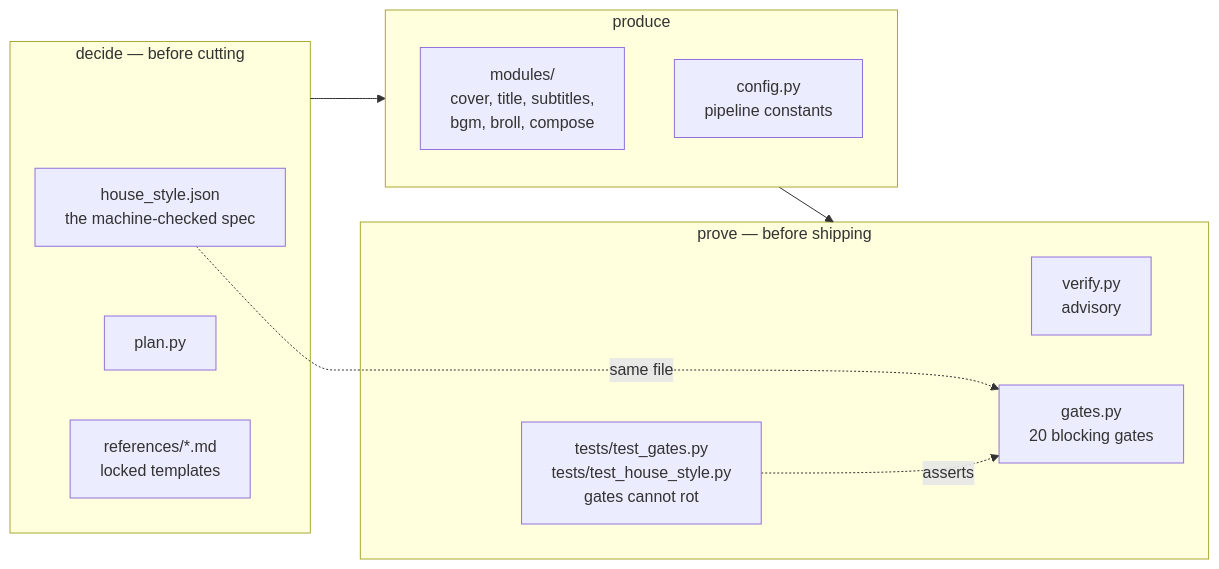
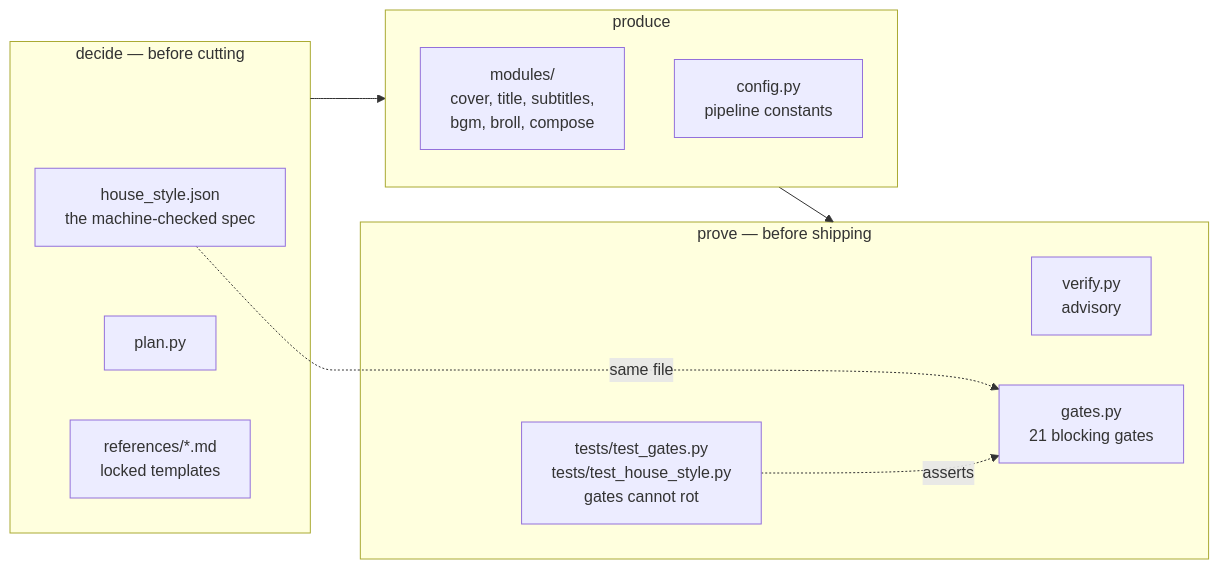
The second of 4 diagrams in skills/yiibu/ARCHITECTURE.md (chyiiiiiiiiiiii/yiibu), drawn with Mermaid before and after one commit. The commit also changed other lines of this file and 39 other files, not shown here.

````diff
--- a/skills/yiibu/ARCHITECTURE.md
+++ b/skills/yiibu/ARCHITECTURE.md
@@ -92,20 +92,20 @@
 ```mermaid
 flowchart LR
     subgraph decide["decide — before cutting"]
         spec[house_style.json<br/>the machine-checked spec]
         plan[plan.py]
         refs[references/*.md<br/>locked templates]
     end
     subgraph produce["produce"]
         mods[modules/<br/>cover, title, subtitles,<br/>bgm, broll, compose]
         cfg[config.py<br/>pipeline constants]
     end
     subgraph prove["prove — before shipping"]
         verify[verify.py<br/>advisory]
-        gates[gates.py<br/>20 blocking gates]
+        gates[gates.py<br/>21 blocking gates]
         tests[tests/test_gates.py<br/>tests/test_house_style.py<br/>gates cannot rot]
     end
     decide --> produce --> prove
     spec -.same file.-> gates
     tests -.asserts.-> gates
 ```
````
